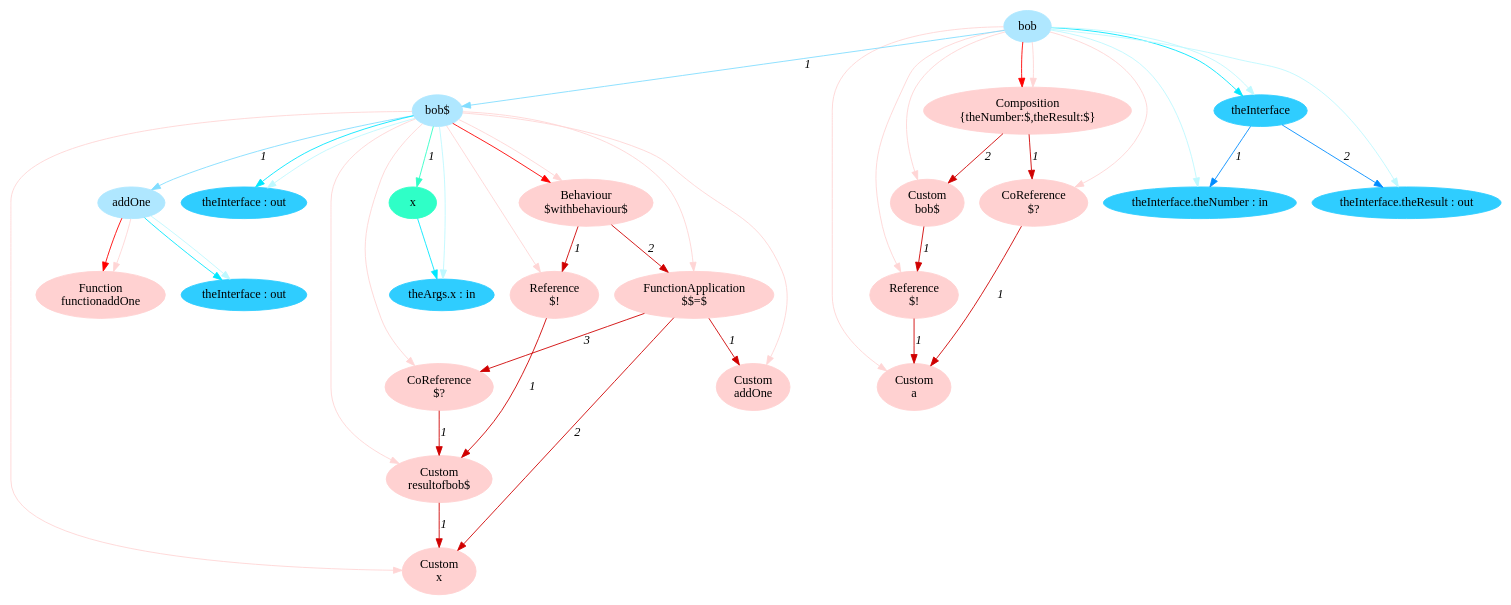
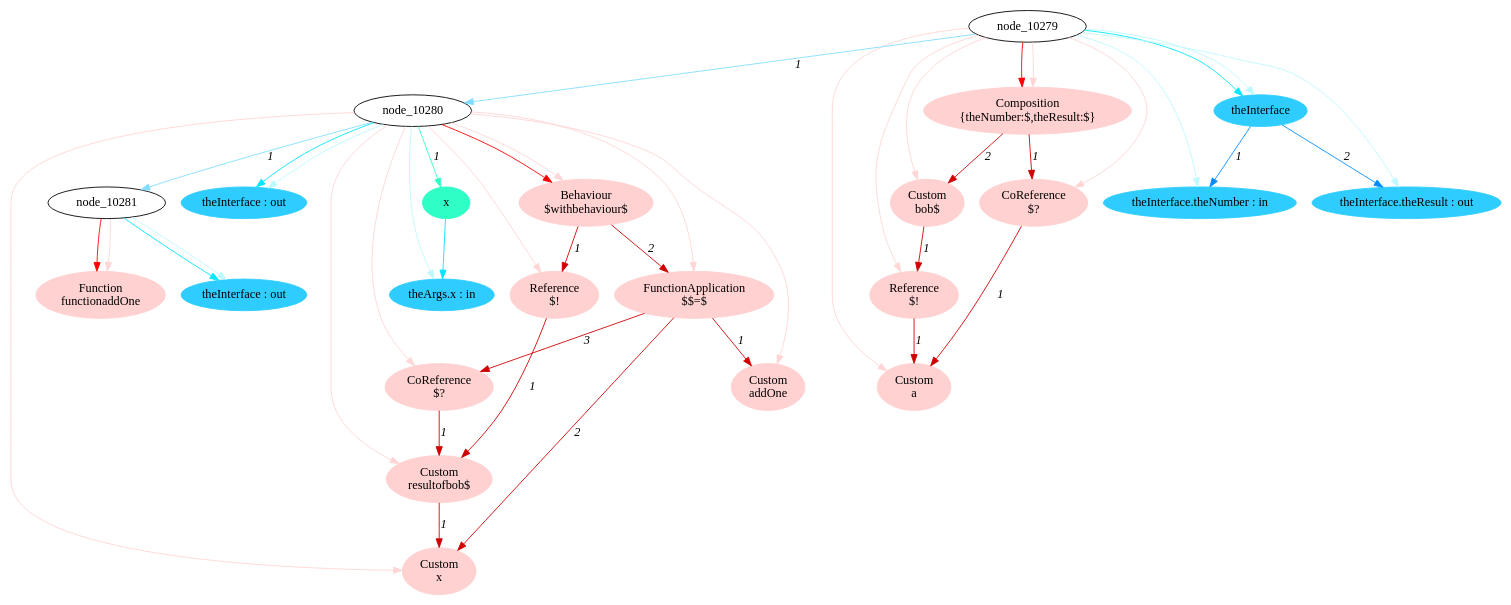
One commit to crubier/lidl changed the diagram in lidl-core/example/ok/simpleFunc/dot/3referentialTransparency1.dot. Above: the diagram before and after it, drawn with Graphviz. The commit also changed 603 other files, not shown here.

```diff
--- a/lidl-core/example/ok/simpleFunc/dot/3referentialTransparency1.dot
+++ b/lidl-core/example/ok/simpleFunc/dot/3referentialTransparency1.dot
@@ -1,81 +1,78 @@
 digraph g{node_10355 [shape="ellipse", style="filled", color="#ffd1d1", fontname="Times", label="Function
 functionaddOne" ]
 node_10358 [shape="ellipse", style="filled", color="#ffd1d1", fontname="Times", label="Custom
 x" ]
 node_10363 [shape="ellipse", style="filled", color="#ffd1d1", fontname="Times", label="Custom
 resultofbob$" ]
 node_10368 [shape="ellipse", style="filled", color="#ffd1d1", fontname="Times", label="Reference
 $!" ]
 node_10372 [shape="ellipse", style="filled", color="#ffd1d1", fontname="Times", label="Custom
 addOne" ]
 node_10375 [shape="ellipse", style="filled", color="#ffd1d1", fontname="Times", label="CoReference
 $?" ]
 node_10379 [shape="ellipse", style="filled", color="#ffd1d1", fontname="Times", label="FunctionApplication
 $$=$" ]
 node_10385 [shape="ellipse", style="filled", color="#ffd1d1", fontname="Times", label="Behaviour
 $withbehaviour$" ]
 node_10390 [shape="ellipse", style="filled", color="#ffd1d1", fontname="Times", label="Custom
 a" ]
 node_10394 [shape="ellipse", style="filled", color="#ffd1d1", fontname="Times", label="CoReference
 $?" ]
 node_10398 [shape="ellipse", style="filled", color="#ffd1d1", fontname="Times", label="Reference
 $!" ]
 node_10402 [shape="ellipse", style="filled", color="#ffd1d1", fontname="Times", label="Custom
 bob$" ]
 node_10406 [shape="ellipse", style="filled", color="#ffd1d1", fontname="Times", label="Composition
 {theNumber:$,theResult:$}" ]
-node_10279 [shape="ellipse", style="filled", color="#afe7ff", fontname="Times", label="bob" ]
-node_10280 [shape="ellipse", style="filled", color="#afe7ff", fontname="Times", label="bob$" ]
-node_10281 [shape="ellipse", style="filled", color="#afe7ff", fontname="Times", label="addOne" ]
 node_10289 [shape="ellipse", style="filled", color="#2fffc7", fontname="Times", label="x" ]
 node_10282 [shape="ellipse", style="filled", color="#2fcdff", fontname="Times", label="theInterface : out" ]
 node_10290 [shape="ellipse", style="filled", color="#2fcdff", fontname="Times", label="theArgs.x : in" ]
 node_10294 [shape="ellipse", style="filled", color="#2fcdff", fontname="Times", label="theInterface : out" ]
 node_10328 [shape="ellipse", style="filled", color="#2fcdff", fontname="Times", label="theInterface" ]
 node_10329 [shape="ellipse", style="filled", color="#2fcdff", fontname="Times", label="theInterface.theNumber : in" ]
 node_10331 [shape="ellipse", style="filled", color="#2fcdff", fontname="Times", label="theInterface.theResult : out" ]
 node_10363 -> node_10358 [dir=forward, arrowHead=normal, fontname="Times-Italic", arrowsize=1, color="#d00000", label="1",  headlabel="", taillabel="" ]
 node_10368 -> node_10363 [dir=forward, arrowHead=normal, fontname="Times-Italic", arrowsize=1, color="#d00000", label="1",  headlabel="", taillabel="" ]
 node_10375 -> node_10363 [dir=forward, arrowHead=normal, fontname="Times-Italic", arrowsize=1, color="#d00000", label="1",  headlabel="", taillabel="" ]
 node_10379 -> node_10358 [dir=forward, arrowHead=normal, fontname="Times-Italic", arrowsize=1, color="#d00000", label="2",  headlabel="", taillabel="" ]
 node_10379 -> node_10372 [dir=forward, arrowHead=normal, fontname="Times-Italic", arrowsize=1, color="#d00000", label="1",  headlabel="", taillabel="" ]
 node_10379 -> node_10375 [dir=forward, arrowHead=normal, fontname="Times-Italic", arrowsize=1, color="#d00000", label="3",  headlabel="", taillabel="" ]
 node_10385 -> node_10368 [dir=forward, arrowHead=normal, fontname="Times-Italic", arrowsize=1, color="#d00000", label="1",  headlabel="", taillabel="" ]
 node_10385 -> node_10379 [dir=forward, arrowHead=normal, fontname="Times-Italic", arrowsize=1, color="#d00000", label="2",  headlabel="", taillabel="" ]
 node_10394 -> node_10390 [dir=forward, arrowHead=normal, fontname="Times-Italic", arrowsize=1, color="#d00000", label="1",  headlabel="", taillabel="" ]
 node_10398 -> node_10390 [dir=forward, arrowHead=normal, fontname="Times-Italic", arrowsize=1, color="#d00000", label="1",  headlabel="", taillabel="" ]
 node_10402 -> node_10398 [dir=forward, arrowHead=normal, fontname="Times-Italic", arrowsize=1, color="#d00000", label="1",  headlabel="", taillabel="" ]
 node_10406 -> node_10394 [dir=forward, arrowHead=normal, fontname="Times-Italic", arrowsize=1, color="#d00000", label="1",  headlabel="", taillabel="" ]
 node_10406 -> node_10402 [dir=forward, arrowHead=normal, fontname="Times-Italic", arrowsize=1, color="#d00000", label="2",  headlabel="", taillabel="" ]
 node_10281 -> node_10355 [dir=forward, arrowHead=normal, fontname="Times-Italic", arrowsize=1, color="#ff0000", label="",  headlabel="", taillabel="" ]
 node_10280 -> node_10385 [dir=forward, arrowHead=normal, fontname="Times-Italic", arrowsize=1, color="#ff0000", label="",  headlabel="", taillabel="" ]
 node_10279 -> node_10406 [dir=forward, arrowHead=normal, fontname="Times-Italic", arrowsize=1, color="#ff0000", label="",  headlabel="", taillabel="" ]
 node_10281 -> node_10355 [dir=forward, arrowHead=normal, fontname="Times-Italic", arrowsize=1, color="#ffd5d5", label="",  headlabel="", taillabel="" ]
 node_10280 -> node_10358 [dir=forward, arrowHead=normal, fontname="Times-Italic", arrowsize=1, color="#ffd5d5", label="",  headlabel="", taillabel="" ]
 node_10280 -> node_10363 [dir=forward, arrowHead=normal, fontname="Times-Italic", arrowsize=1, color="#ffd5d5", label="",  headlabel="", taillabel="" ]
 node_10280 -> node_10368 [dir=forward, arrowHead=normal, fontname="Times-Italic", arrowsize=1, color="#ffd5d5", label="",  headlabel="", taillabel="" ]
 node_10280 -> node_10372 [dir=forward, arrowHead=normal, fontname="Times-Italic", arrowsize=1, color="#ffd5d5", label="",  headlabel="", taillabel="" ]
 node_10280 -> node_10375 [dir=forward, arrowHead=normal, fontname="Times-Italic", arrowsize=1, color="#ffd5d5", label="",  headlabel="", taillabel="" ]
 node_10280 -> node_10379 [dir=forward, arrowHead=normal, fontname="Times-Italic", arrowsize=1, color="#ffd5d5", label="",  headlabel="", taillabel="" ]
 node_10280 -> node_10385 [dir=forward, arrowHead=normal, fontname="Times-Italic", arrowsize=1, color="#ffd5d5", label="",  headlabel="", taillabel="" ]
 node_10279 -> node_10390 [dir=forward, arrowHead=normal, fontname="Times-Italic", arrowsize=1, color="#ffd5d5", label="",  headlabel="", taillabel="" ]
 node_10279 -> node_10394 [dir=forward, arrowHead=normal, fontname="Times-Italic", arrowsize=1, color="#ffd5d5", label="",  headlabel="", taillabel="" ]
 node_10279 -> node_10398 [dir=forward, arrowHead=normal, fontname="Times-Italic", arrowsize=1, color="#ffd5d5", label="",  headlabel="", taillabel="" ]
 node_10279 -> node_10402 [dir=forward, arrowHead=normal, fontname="Times-Italic", arrowsize=1, color="#ffd5d5", label="",  headlabel="", taillabel="" ]
 node_10279 -> node_10406 [dir=forward, arrowHead=normal, fontname="Times-Italic", arrowsize=1, color="#ffd5d5", label="",  headlabel="", taillabel="" ]
 node_10280 -> node_10289 [dir=forward, arrowHead=normal, fontname="Times-Italic", arrowsize=1, color="#2fffc7", label="1",  headlabel="", taillabel="" ]
 node_10289 -> node_10290 [dir=forward, arrowHead=normal, fontname="Times-Italic", arrowsize=1, color="#00e8ff", label="",  headlabel="", taillabel="" ]
 node_10281 -> node_10282 [dir=forward, arrowHead=normal, fontname="Times-Italic", arrowsize=1, color="#00e8ff", label="",  headlabel="", taillabel="" ]
 node_10280 -> node_10294 [dir=forward, arrowHead=normal, fontname="Times-Italic", arrowsize=1, color="#00e8ff", label="",  headlabel="", taillabel="" ]
 node_10279 -> node_10328 [dir=forward, arrowHead=normal, fontname="Times-Italic", arrowsize=1, color="#00e8ff", label="",  headlabel="", taillabel="" ]
 node_10281 -> node_10282 [dir=forward, arrowHead=normal, fontname="Times-Italic", arrowsize=1, color="#bef9ff", label="",  headlabel="", taillabel="" ]
 node_10280 -> node_10290 [dir=forward, arrowHead=normal, fontname="Times-Italic", arrowsize=1, color="#bef9ff", label="",  headlabel="", taillabel="" ]
 node_10280 -> node_10294 [dir=forward, arrowHead=normal, fontname="Times-Italic", arrowsize=1, color="#bef9ff", label="",  headlabel="", taillabel="" ]
 node_10279 -> node_10329 [dir=forward, arrowHead=normal, fontname="Times-Italic", arrowsize=1, color="#bef9ff", label="",  headlabel="", taillabel="" ]
 node_10279 -> node_10331 [dir=forward, arrowHead=normal, fontname="Times-Italic", arrowsize=1, color="#bef9ff", label="",  headlabel="", taillabel="" ]
 node_10279 -> node_10328 [dir=forward, arrowHead=normal, fontname="Times-Italic", arrowsize=1, color="#bef9ff", label="",  headlabel="", taillabel="" ]
 node_10328 -> node_10329 [dir=forward, arrowHead=normal, fontname="Times-Italic", arrowsize=1, color="#008cff", label="1",  headlabel="", taillabel="" ]
 node_10328 -> node_10331 [dir=forward, arrowHead=normal, fontname="Times-Italic", arrowsize=1, color="#008cff", label="2",  headlabel="", taillabel="" ]
 node_10280 -> node_10281 [dir=forward, arrowHead=normal, fontname="Times-Italic", arrowsize=1, color="#81ddff", label="1",  headlabel="", taillabel="" ]
 node_10279 -> node_10280 [dir=forward, arrowHead=normal, fontname="Times-Italic", arrowsize=1, color="#81ddff", label="1",  headlabel="", taillabel="" ]
 }
```
